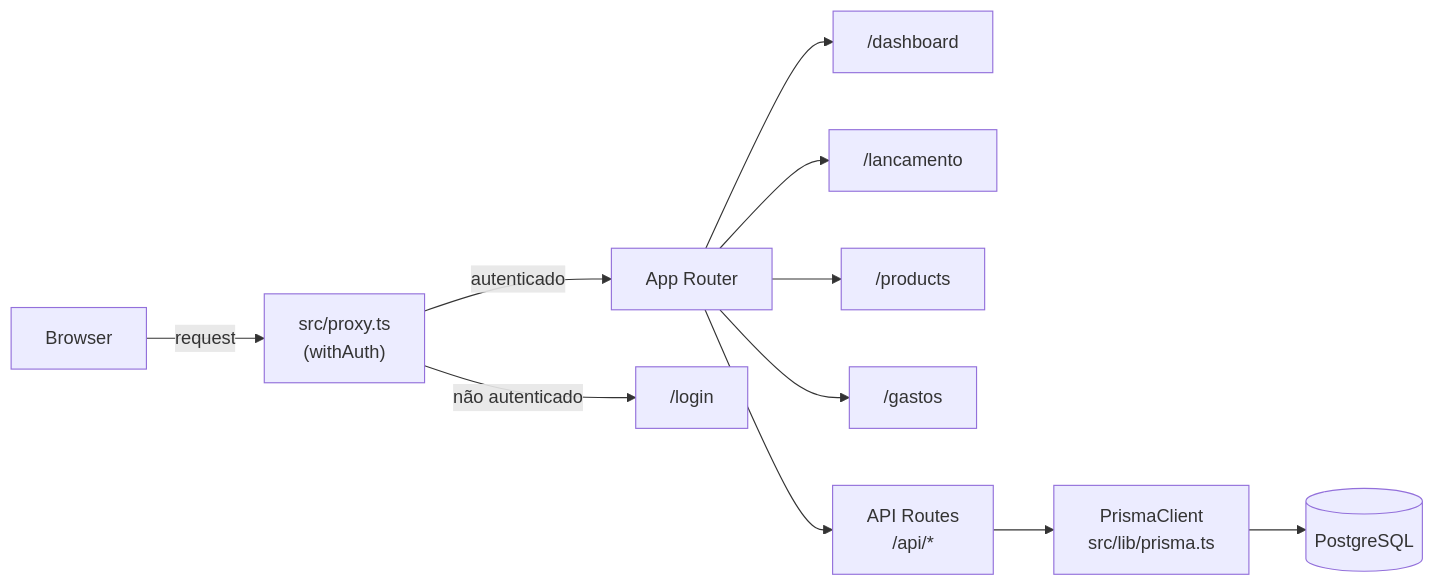
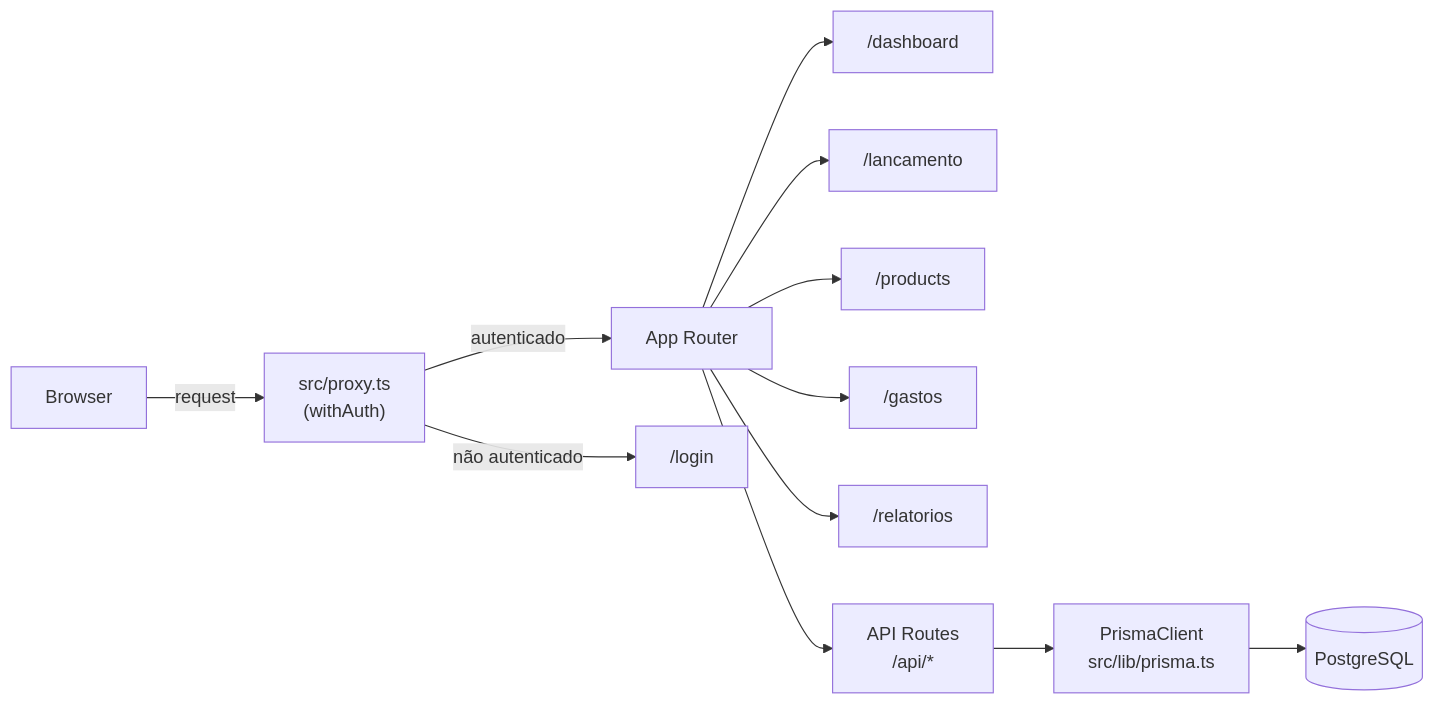
One commit to fSantosLima/tico-lanches changed the first of 3 diagrams in README.md. Above: the diagram before and after it, drawn with Mermaid. The commit also changed other lines of this file and 1 other file, not shown here.

First line of the commit message:
docs: sync README/CLAUDE diagrams, structure, routes and test count for Sprint 3

````diff
--- a/README.md
+++ b/README.md
@@ -85,13 +85,14 @@
 ```mermaid
 flowchart LR
     Browser -->|request| Proxy["src/proxy.ts\n(withAuth)"]
     Proxy -->|autenticado| AppRouter["App Router"]
     Proxy -->|não autenticado| Login["/login"]
     AppRouter --> Dashboard["/dashboard"]
     AppRouter --> Lancamento["/lancamento"]
     AppRouter --> Products["/products"]
     AppRouter --> Gastos["/gastos"]
+    AppRouter --> Relatorios["/relatorios"]
     AppRouter --> API["API Routes\n/api/*"]
     API --> Prisma["PrismaClient\nsrc/lib/prisma.ts"]
     Prisma --> DB[("PostgreSQL")]
 ```
````
